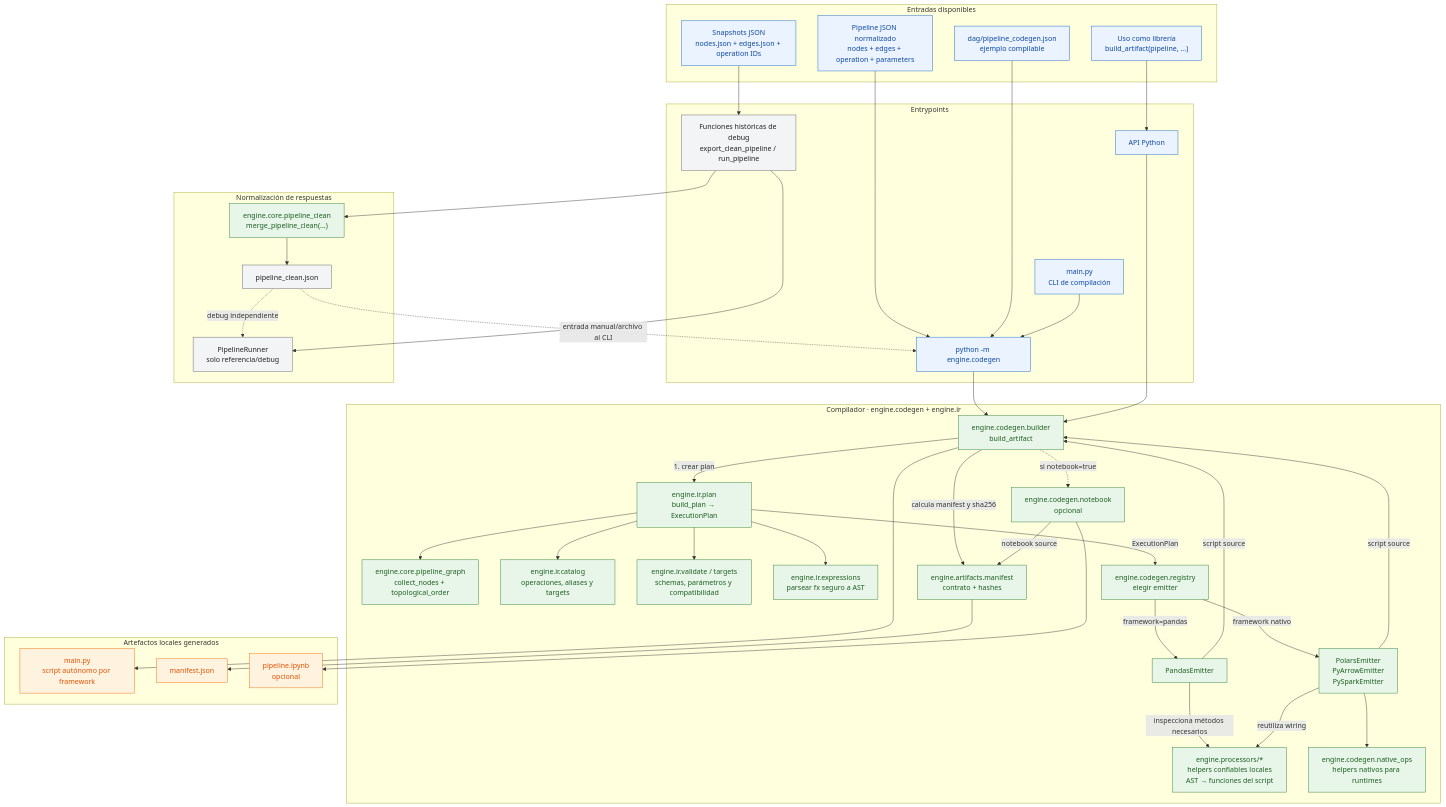
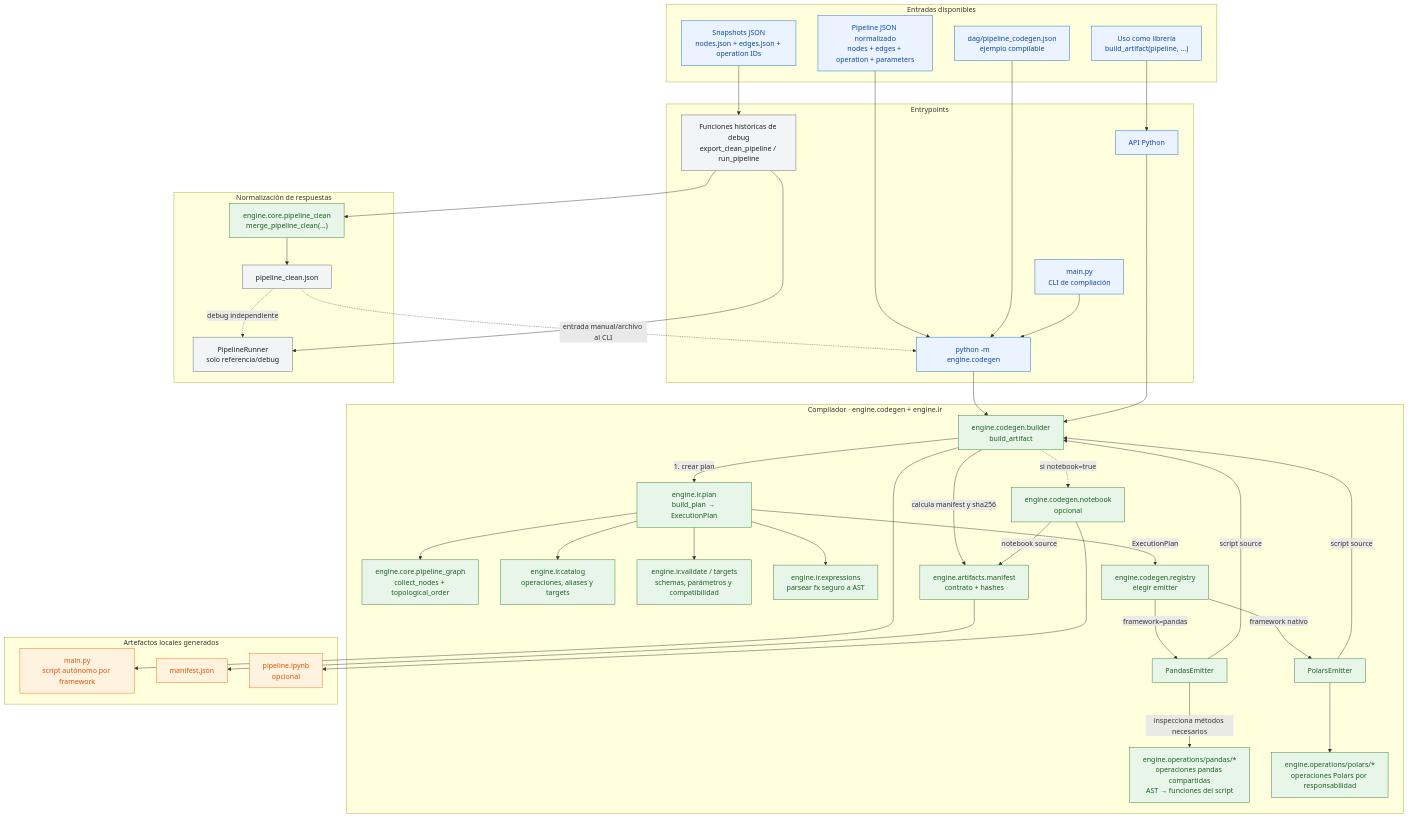
One commit to FabiusC/mini-engine changed the first of 3 diagrams in docs/REPOSITORY_FLOW.md. Above: the diagram before and after it, drawn with Mermaid. The commit also changed other lines of this file and 45 other files, not shown here.

Commit message:
Make congruent the operations between Polars and Pandas

````diff
--- a/docs/REPOSITORY_FLOW.md
+++ b/docs/REPOSITORY_FLOW.md
@@ -36,9 +36,9 @@
         EXPRESSIONS["engine.ir.expressions<br/>parsear fx seguro a AST"]
         REGISTRY["engine.codegen.registry<br/>elegir emitter"]
         PANDAS["PandasEmitter"]
-        NATIVE["PolarsEmitter<br/>PyArrowEmitter<br/>PySparkEmitter"]
-        PROCESSORS["engine.processors/*<br/>helpers confiables locales<br/>AST → funciones del script"]
-        NATIVE_OPS["engine.codegen.native_ops<br/>helpers nativos para runtimes"]
+        NATIVE["PolarsEmitter"]
+        PANDAS_OPS["engine.operations/pandas/*<br/>operaciones pandas compartidas<br/>AST → funciones del script"]
+        NATIVE_OPS["engine.operations/polars/*<br/>operaciones Polars por responsabilidad"]
         NOTEBOOK["engine.codegen.notebook<br/>opcional"]
         MANIFEST["engine.artifacts.manifest<br/>contrato + hashes"]
     end
@@ -70,9 +70,8 @@
     PLAN -->|"ExecutionPlan"| REGISTRY
     REGISTRY -->|"framework=pandas"| PANDAS
     REGISTRY -->|"framework nativo"| NATIVE
-    PANDAS -->|"inspecciona métodos necesarios"| PROCESSORS
+    PANDAS -->|"inspecciona métodos necesarios"| PANDAS_OPS
     NATIVE --> NATIVE_OPS
-    NATIVE -->|"reutiliza wiring"| PROCESSORS
     PANDAS -->|"script source"| BUILDER
     NATIVE -->|"script source"| BUILDER
     BUILDER -->|"calcula manifest y sha256"| MANIFEST
@@ -87,7 +86,7 @@
     classDef output fill:#fff3e0,stroke:#ef6c00,color:#e65100;
     classDef legacy fill:#f3f4f6,stroke:#616161,color:#212121;
     class JSON,API_SNAPSHOTS,USER_CODE,EXAMPLE,MAIN,CODEGEN_CLI,PY_API entry;
-    class BUILDER,PLAN,GRAPH,CATALOG,VALIDATOR,EXPRESSIONS,REGISTRY,PANDAS,NATIVE,PROCESSORS,NATIVE_OPS,NOTEBOOK,MANIFEST,MERGE core;
+    class BUILDER,PLAN,GRAPH,CATALOG,VALIDATOR,EXPRESSIONS,REGISTRY,PANDAS,NATIVE,PANDAS_OPS,NATIVE_OPS,NOTEBOOK,MANIFEST,MERGE core;
     class SCRIPT,MANIFEST_FILE,IPYNB output;
     class DEBUG,CLEAN_JSON,DEBUG_RUNNER legacy;
 ```
````
